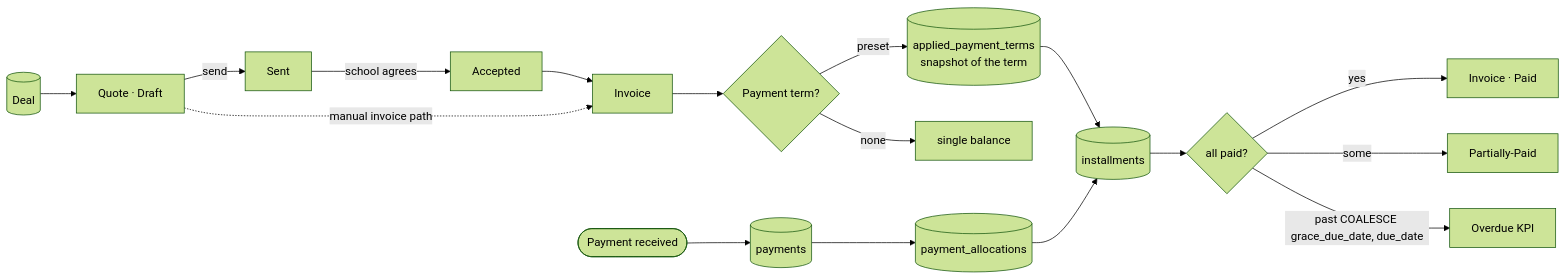
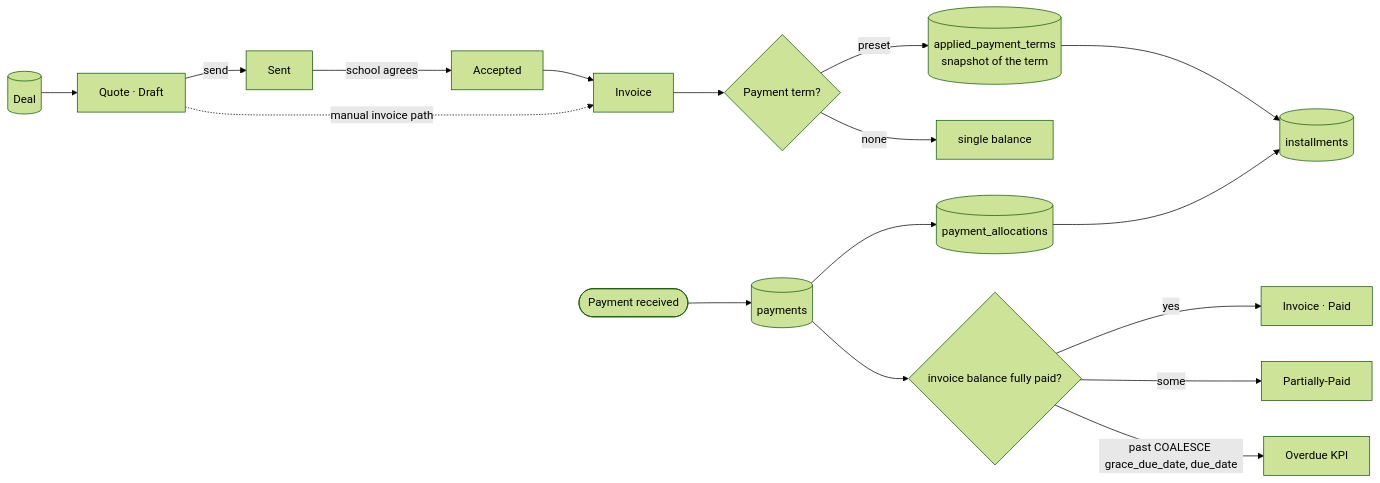
Before and after one commit to ApeX353/DigiLearn-CRM--Current: the fourth of 10 diagrams in CODEBASE-SKELETON.md, drawn with Mermaid (forest theme). The commit also changed other lines of this file and 5 other files, not shown here.

````diff
--- a/CODEBASE-SKELETON.md
+++ b/CODEBASE-SKELETON.md
@@ -204,19 +237,19 @@
 ```mermaid
 flowchart LR
   d[(Deal)] --> q[Quote · Draft]
   q -->|send| qs[Sent]
   qs -->|school agrees| qa[Accepted]
   qa --> inv[Invoice]
   q -. manual invoice path .-> inv
   inv --> pt{Payment term?}
   pt -->|preset| ap[(applied_payment_terms<br/>snapshot of the term)]
   ap --> ins[(installments)]
   pt -->|none| full[single balance]
   pay([Payment received]) --> pmt[(payments)]
   pmt --> alloc[(payment_allocations)]
   alloc --> ins
-  ins --> st{all paid?}
+  pmt --> st{invoice balance fully paid?}
   st -->|yes| paid[Invoice · Paid]
   st -->|some| part[Partially-Paid]
   st -->|past COALESCE grace_due_date, due_date| od[Overdue KPI]
 ```
````
